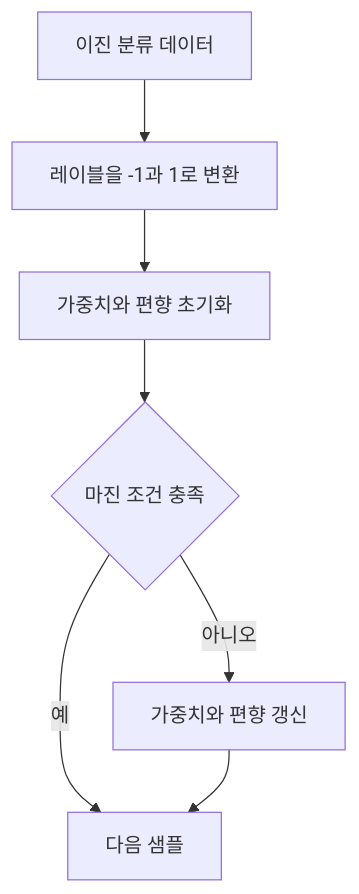
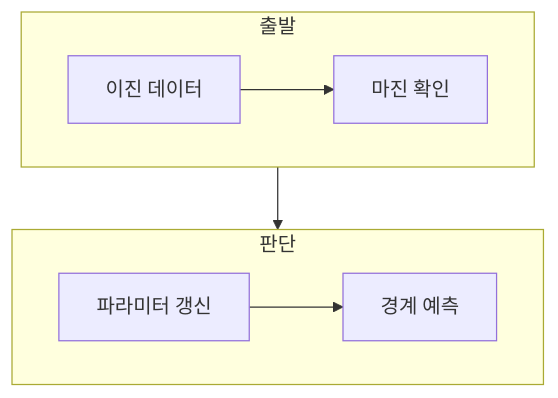
One commit to umyunsang/edu changed the diagram in ComputerScience/03_ai-ml-data/machine-learning/notes/01. SVM의 마진과 경사 하강법.md. Above: the diagram before and after it, drawn with Mermaid. The commit also changed other lines of this file and 20 other files, not shown here.

````diff
--- a/ComputerScience/03_ai-ml-data/machine-learning/notes/01. SVM의 마진과 경사 하강법.md
+++ b/ComputerScience/03_ai-ml-data/machine-learning/notes/01. SVM의 마진과 경사 하강법.md
@@ -20,9 +23,12 @@
 ```mermaid
-flowchart TD
-  A[이진 분류 데이터] --> B[레이블을 -1과 1로 변환]
-  B --> C[가중치와 편향 초기화]
-  C --> D{마진 조건 충족}
-  D -- 예 --> E[다음 샘플]
-  D -- 아니오 --> F[가중치와 편향 갱신]
-  F --> E
+flowchart TB
+    subgraph Input[출발]
+        direction LR
+        A[이진 데이터] --> B[마진 확인]
+    end
+    subgraph Decision[판단]
+        direction LR
+        C[파라미터 갱신] --> D[경계 예측]
+    end
+    B --> C
 ```
````
